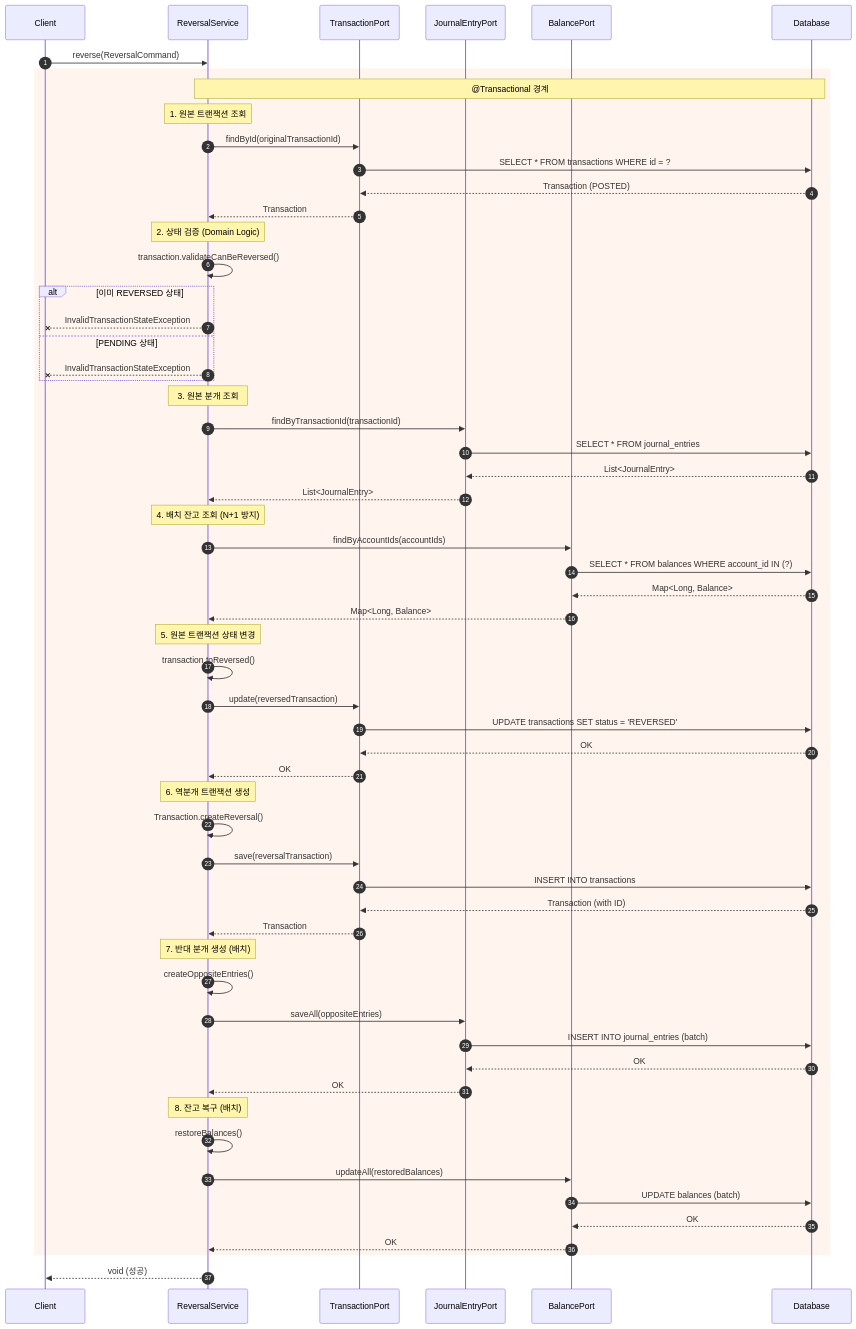
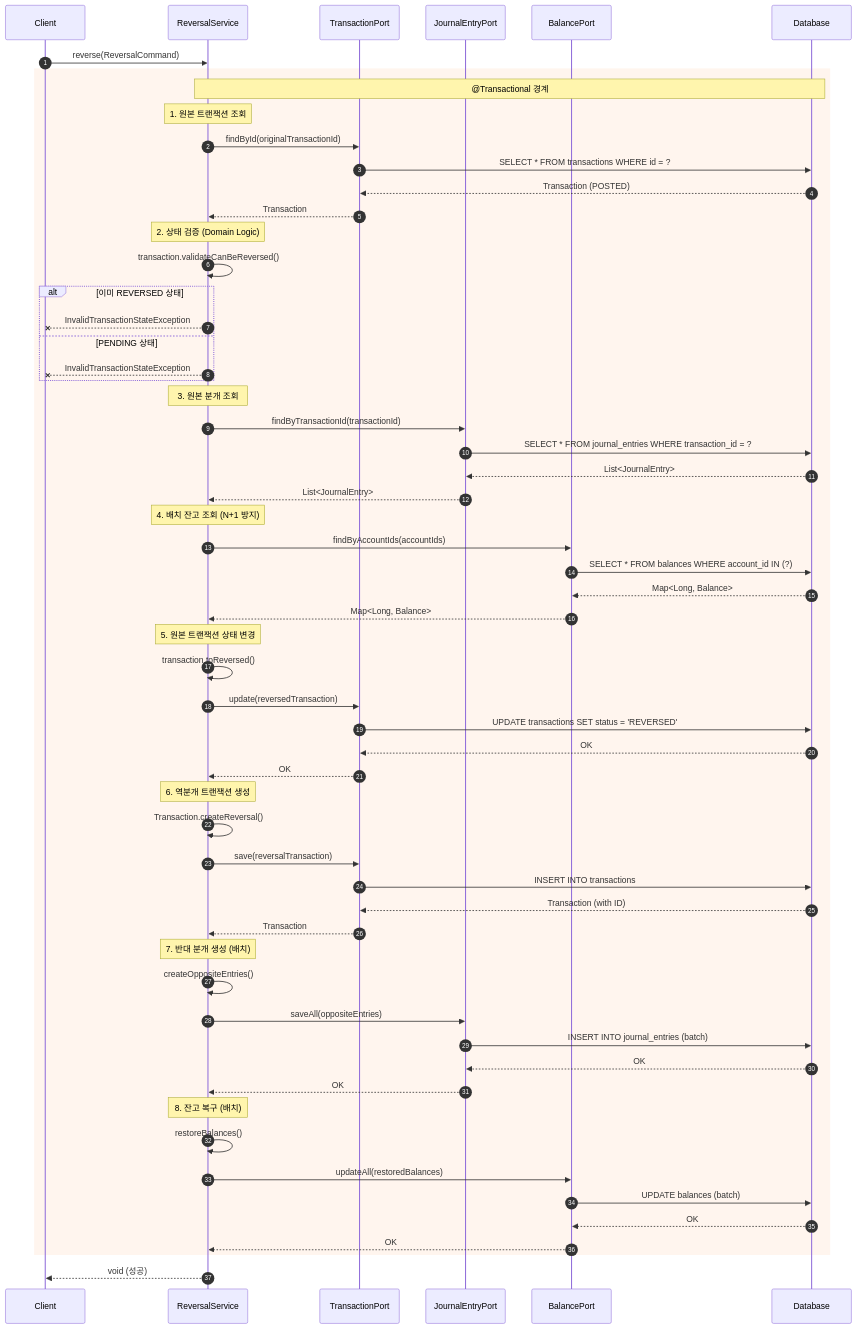
The second of 4 diagrams in docs/diagrams/reversal-flow.md (dding94/kuku-Securities), drawn with Mermaid before and after one commit.

````diff
--- a/docs/diagrams/reversal-flow.md
+++ b/docs/diagrams/reversal-flow.md
@@ -32,74 +32,74 @@
 ```mermaid
 sequenceDiagram
     autonumber
     participant C as Client
     participant RS as ReversalService
     participant TP as TransactionPort
     participant JP as JournalEntryPort
     participant BP as BalancePort
     participant DB as Database
 
     C->>RS: reverse(ReversalCommand)
     
     rect rgb(255, 245, 238)
     Note over RS,DB: @Transactional 경계
     
     Note over RS: 1. 원본 트랜잭션 조회
     RS->>TP: findById(originalTransactionId)
     TP->>DB: SELECT * FROM transactions WHERE id = ?
     DB-->>TP: Transaction (POSTED)
     TP-->>RS: Transaction
 
     Note over RS: 2. 상태 검증 (Domain Logic)
     RS->>RS: transaction.validateCanBeReversed()
     
     alt 이미 REVERSED 상태
         RS--xC: InvalidTransactionStateException
     else PENDING 상태
         RS--xC: InvalidTransactionStateException
     end
 
     Note over RS: 3. 원본 분개 조회
     RS->>JP: findByTransactionId(transactionId)
-    JP->>DB: SELECT * FROM journal_entries
+    JP->>DB: SELECT * FROM journal_entries WHERE transaction_id = ?
     DB-->>JP: List<JournalEntry>
     JP-->>RS: List<JournalEntry>
 
     Note over RS: 4. 배치 잔고 조회 (N+1 방지)
     RS->>BP: findByAccountIds(accountIds)
     BP->>DB: SELECT * FROM balances WHERE account_id IN (?)
     DB-->>BP: Map<Long, Balance>
     BP-->>RS: Map<Long, Balance>
 
     Note over RS: 5. 원본 트랜잭션 상태 변경
     RS->>RS: transaction.toReversed()
     RS->>TP: update(reversedTransaction)
     TP->>DB: UPDATE transactions SET status = 'REVERSED'
     DB-->>TP: OK
     TP-->>RS: OK
 
     Note over RS: 6. 역분개 트랜잭션 생성
     RS->>RS: Transaction.createReversal()
     RS->>TP: save(reversalTransaction)
     TP->>DB: INSERT INTO transactions
     DB-->>TP: Transaction (with ID)
     TP-->>RS: Transaction
 
     Note over RS: 7. 반대 분개 생성 (배치)
     RS->>RS: createOppositeEntries()
     RS->>JP: saveAll(oppositeEntries)
     JP->>DB: INSERT INTO journal_entries (batch)
     DB-->>JP: OK
     JP-->>RS: OK
 
     Note over RS: 8. 잔고 복구 (배치)
     RS->>RS: restoreBalances()
     RS->>BP: updateAll(restoredBalances)
     BP->>DB: UPDATE balances (batch)
     DB-->>BP: OK
     BP-->>RS: OK
     
     end
 
     RS-->>C: void (성공)
 ```
````
